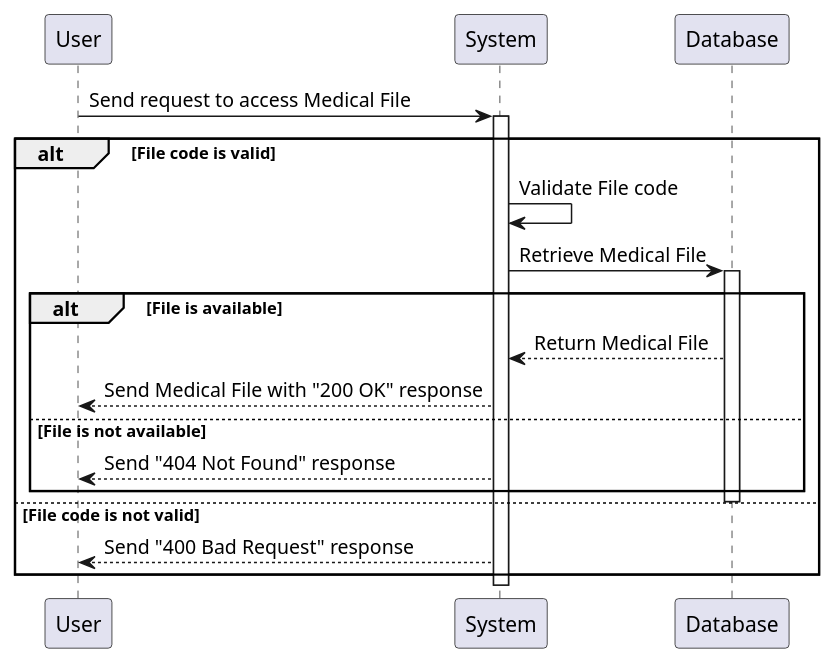
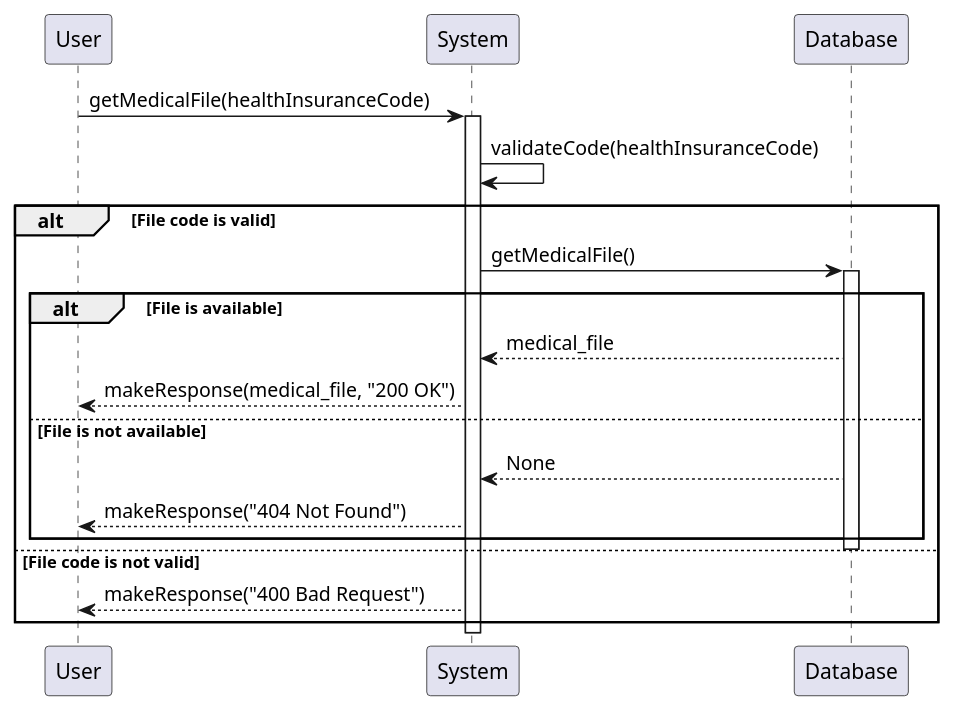
Before and after one commit to KevenJAntenor/Quebec-Centralized-Medical-Record-System: the diagram in plantUml/sequence-access.puml, drawn with PlantUML. The commit also changed 6 other files, not shown here.

Commit message:
diagram: multiple changes to sequence diagrams

```diff
--- a/plantUml/sequence-access.puml
+++ b/plantUml/sequence-access.puml
@@ -1,25 +1,26 @@
-@startuml accessMedicalFile
+@startuml
 
 participant "User" as User
 participant "System" as System
 participant "Database" as Database
 
-User -> System: Send request to access Medical File
+User -> System: getMedicalFile(healthInsuranceCode)
 activate System
+System -> System: validateCode(healthInsuranceCode)
 alt File code is valid
-    System -> System: Validate File code
-    System -> Database: Retrieve Medical File
+    System -> Database: getMedicalFile()
     activate Database
     alt File is available
-        Database --> System: Return Medical File
-        System --> User: Send Medical File with "200 OK" response
+        Database --> System: medical_file
+        System --> User: makeResponse(medical_file, "200 OK")
     else File is not available
-        System --> User: Send "404 Not Found" response
+        Database --> System: None
+        System --> User: makeResponse("404 Not Found")
     end
     deactivate Database
 else File code is not valid
-    System --> User: Send "400 Bad Request" response
+    System --> User: makeResponse("400 Bad Request")
 end
 deactivate System
 
 @enduml
```
